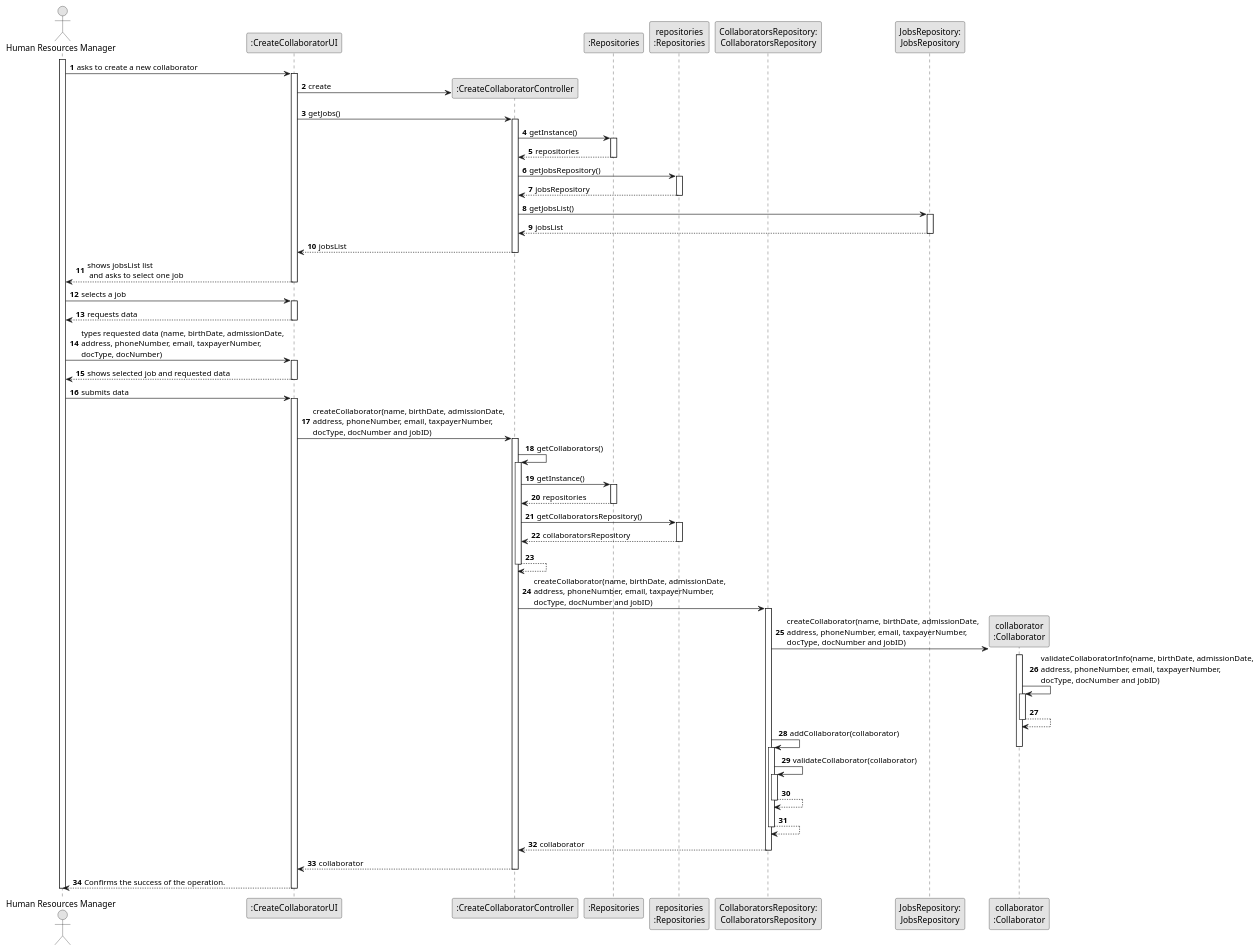
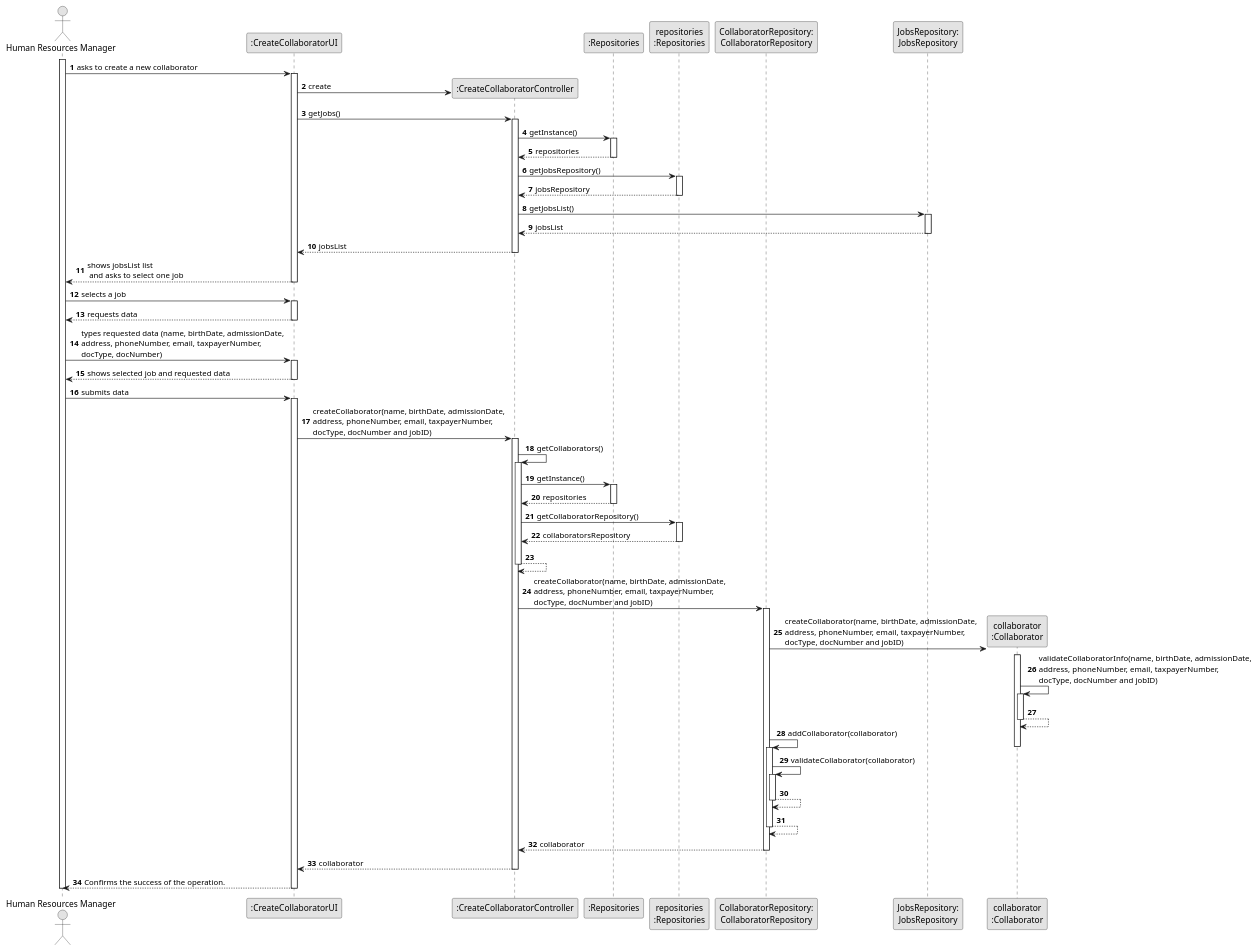
One commit to SAEmanuel/Green_Spaces_Management_ISEP changed the diagram in docs/sprintB/us003/03.design/puml/us003-sequence-diagram-full.puml. Above: the diagram before and after it, drawn with PlantUML.

Commit message:
US3 design update

```diff
--- a/docs/sprintB/us003/03.design/puml/us003-sequence-diagram-full.puml
+++ b/docs/sprintB/us003/03.design/puml/us003-sequence-diagram-full.puml
@@ -1,131 +1,131 @@
 @startuml
 skinparam monochrome true
 skinparam packageStyle rectangle
 skinparam shadowing false
 
 autonumber
 
 'hide footbox
 actor "Human Resources Manager" as HRM
 participant ":CreateCollaboratorUI" as UI
 participant ":CreateCollaboratorController" as CTRL
 participant ":Repositories" as RepositorySingleton
 participant "repositories\n:Repositories" as PLAT
-participant "CollaboratorsRepository:\nCollaboratorsRepository" as CollaboratorsRepository
+participant "CollaboratorRepository:\nCollaboratorRepository" as CollaboratorRepository
 participant "JobsRepository:\nJobsRepository" as JobsRepository
 participant "collaborator\n:Collaborator" as Collaborator
 
 activate HRM
 
         HRM -> UI : asks to create a new collaborator
 
         activate UI
 
             UI -> CTRL** : create
 
                 UI -> CTRL : getJobs()
                 activate CTRL
 
                 CTRL -> RepositorySingleton : getInstance()
                                 activate RepositorySingleton
 
                                     RepositorySingleton --> CTRL: repositories
                                 deactivate RepositorySingleton
 
                                 CTRL -> PLAT : getJobsRepository()
                                 activate PLAT
 
                                     PLAT --> CTRL: jobsRepository
                                 deactivate PLAT
 
                 CTRL -> JobsRepository : getJobsList()
                 activate JobsRepository
 
                     JobsRepository --> CTRL : jobsList
                 deactivate JobsRepository
 
                 CTRL --> UI : jobsList
             deactivate CTRL
 
             UI --> HRM : shows jobsList list\n and asks to select one job
         deactivate UI
 
     HRM -> UI : selects a job
     activate UI
 
         UI --> HRM : requests data
     deactivate UI
 
     HRM -> UI : types requested data (name, birthDate, admissionDate,\naddress, phoneNumber, email, taxpayerNumber,\ndocType, docNumber)
     activate UI
 
         UI --> HRM : shows selected job and requested data
     deactivate UI
 
     HRM -> UI : submits data
     activate UI
 
             UI -> CTRL : createCollaborator(name, birthDate, admissionDate,\naddress, phoneNumber, email, taxpayerNumber,\ndocType, docNumber and jobID)
     activate CTRL
     CTRL -> CTRL : getCollaborators()
 
     activate CTRL
 
 
     CTRL -> RepositorySingleton : getInstance()
                                     activate RepositorySingleton
 
                                         RepositorySingleton --> CTRL: repositories
                                     deactivate RepositorySingleton
 
-                                    CTRL -> PLAT : getCollaboratorsRepository()
+                                    CTRL -> PLAT : getCollaboratorRepository()
                                     activate PLAT
 
                                      PLAT --> CTRL: collaboratorsRepository
                                     deactivate PLAT
                                      CTRL --> CTRL
 
                 deactivate CTRL
 
 
 
-            CTRL -> CollaboratorsRepository : createCollaborator(name, birthDate, admissionDate,\naddress, phoneNumber, email, taxpayerNumber,\ndocType, docNumber and jobID)
+            CTRL -> CollaboratorRepository : createCollaborator(name, birthDate, admissionDate,\naddress, phoneNumber, email, taxpayerNumber,\ndocType, docNumber and jobID)
 
-            activate CollaboratorsRepository
+            activate CollaboratorRepository
 
-            CollaboratorsRepository -> Collaborator** : createCollaborator(name, birthDate, admissionDate,\naddress, phoneNumber, email, taxpayerNumber,\ndocType, docNumber and jobID)
+            CollaboratorRepository -> Collaborator** : createCollaborator(name, birthDate, admissionDate,\naddress, phoneNumber, email, taxpayerNumber,\ndocType, docNumber and jobID)
 
             activate Collaborator
 
                 Collaborator -> Collaborator : validateCollaboratorInfo(name, birthDate, admissionDate,\naddress, phoneNumber, email, taxpayerNumber,\ndocType, docNumber and jobID)
                 activate Collaborator
                 Collaborator --> Collaborator :
                 deactivate Collaborator
 
-            CollaboratorsRepository -> CollaboratorsRepository : addCollaborator(collaborator)
+            CollaboratorRepository -> CollaboratorRepository : addCollaborator(collaborator)
             deactivate Collaborator
-                        activate CollaboratorsRepository
+                        activate CollaboratorRepository
 
 
-            CollaboratorsRepository -> CollaboratorsRepository: validateCollaborator(collaborator)
-             activate CollaboratorsRepository
-             CollaboratorsRepository --> CollaboratorsRepository
-            deactivate CollaboratorsRepository
+            CollaboratorRepository -> CollaboratorRepository: validateCollaborator(collaborator)
+             activate CollaboratorRepository
+             CollaboratorRepository --> CollaboratorRepository
+            deactivate CollaboratorRepository
 
-            CollaboratorsRepository --> CollaboratorsRepository
-            deactivate CollaboratorsRepository
+            CollaboratorRepository --> CollaboratorRepository
+            deactivate CollaboratorRepository
 
-        CollaboratorsRepository --> CTRL : collaborator
-        deactivate CollaboratorsRepository
+        CollaboratorRepository --> CTRL : collaborator
+        deactivate CollaboratorRepository
         deactivate Collaborator
 
         CTRL --> UI: collaborator
         deactivate CTRL
 
         UI --> HRM: Confirms the success of the operation.
 
     deactivate UI
 
 deactivate HRM
 
 @enduml
```
